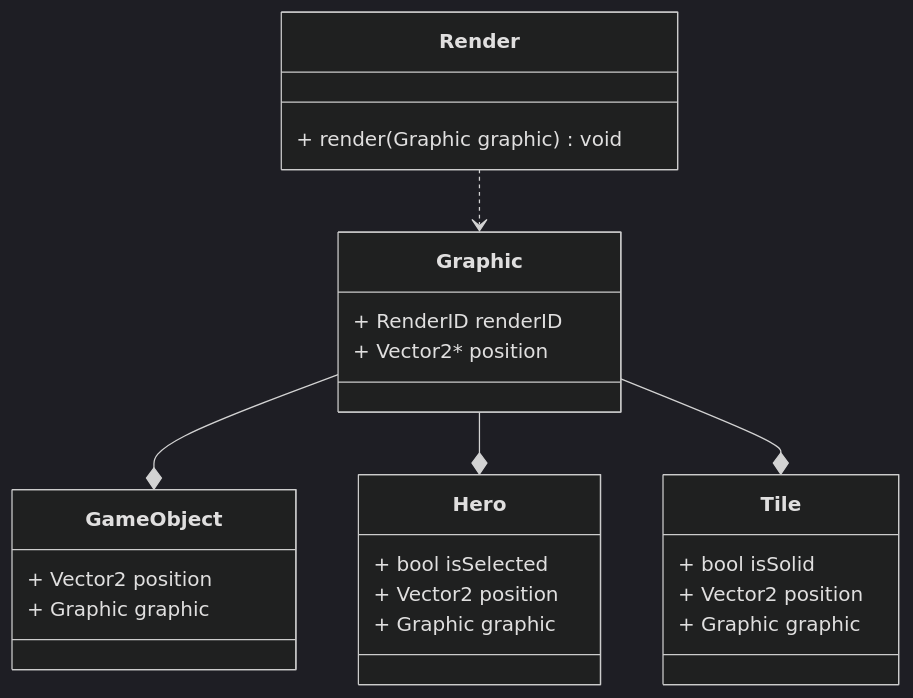
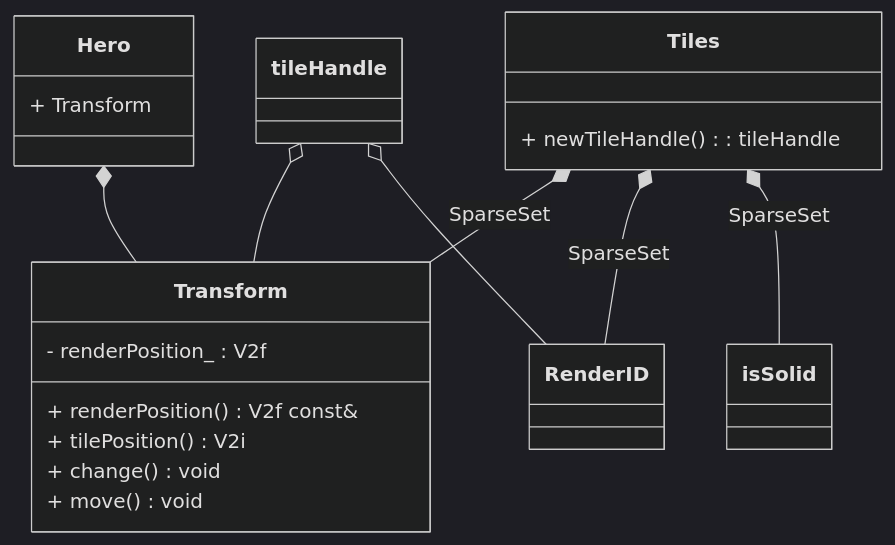
Before and after one commit to SinixND/roguelike: the second of 2 diagrams in doc/classDiagram.md, drawn with Mermaid. The commit also changed 52 other files, not shown here.

````diff
--- a/doc/classDiagram.md
+++ b/doc/classDiagram.md
@@ -14,36 +14,34 @@
 ```mermaid
 %%{init: {'theme': 'dark'}}%%
 classDiagram
 direction TB
 
-class Graphic {
-    + RenderID renderID
-    + Vector2* position
+class Transform {
+    - renderPosition_ : V2f
+
+    + renderPosition() V2f const&
+    + tilePosition() V2i
+    + change() void
+    + move() void
 }
 
-class GameObject{
-    + Vector2 position
-    + Graphic graphic
+
+Tiles *-- Transform : SparseSet
+Tiles *-- RenderID : SparseSet
+Tiles *-- isSolid : SparseSet
+class Tiles {
+    + newTileHandle() : tileHandle
 }
-Graphic --* GameObject
+
+
+tileHandle o-- Transform
+tileHandle o-- RenderID
+tileHandle 
+
 
 class Hero {
-    + bool isSelected
-    + Vector2 position
-    + Graphic graphic
+    + Transform
 }
-Graphic --* Hero
 
-class Tile{
-    + bool isSolid
-    + Vector2 position
-    + Graphic graphic
-}
-Graphic --* Tile
-
-class Render{
-    + render(Graphic graphic) void
-}
-Render ..> Graphic
-
+Hero *-- Transform
 ```
````
